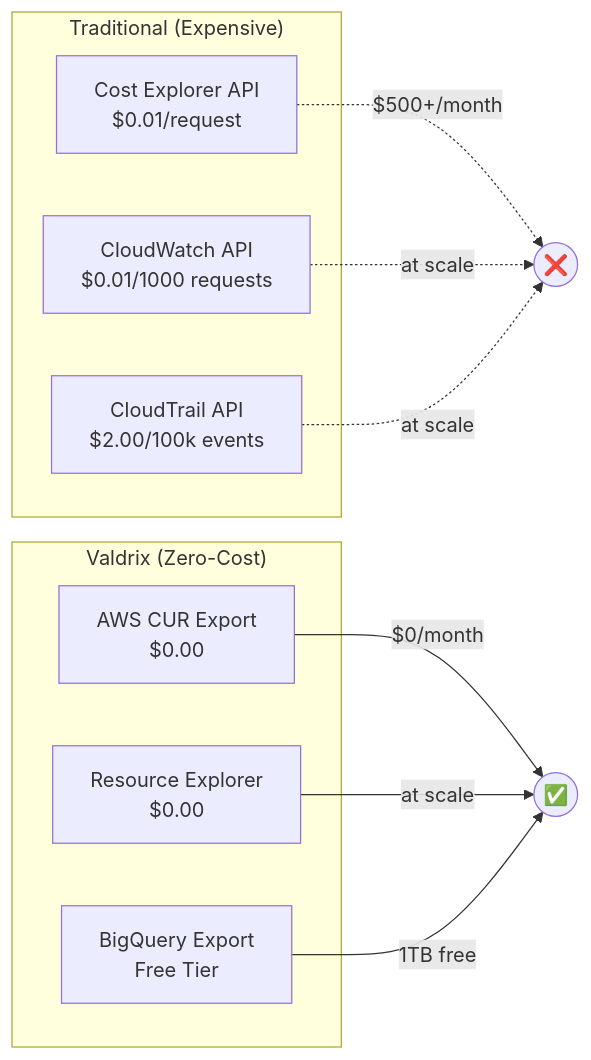
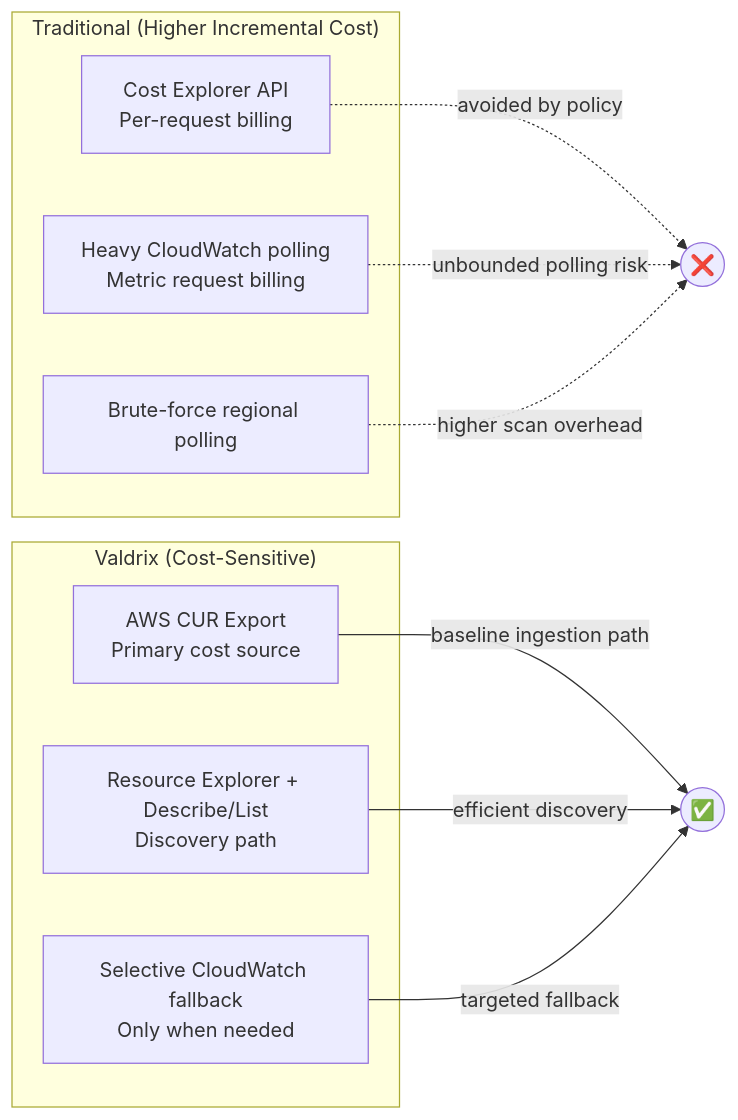
The fourth of 6 diagrams in docs/architecture/overview.md (Valdrix-AI/valdrix), drawn with Mermaid before and after one commit. The commit also changed other lines of this file and 35 other files, not shown here.

````diff
--- a/docs/architecture/overview.md
+++ b/docs/architecture/overview.md
@@ -306,22 +307,22 @@
 ```mermaid
 flowchart LR
-    subgraph "Traditional (Expensive)"
-        CE[Cost Explorer API<br/>$0.01/request]
-        CW[CloudWatch API<br/>$0.01/1000 requests]
-        CL[CloudTrail API<br/>$2.00/100k events]
+    subgraph "Traditional (Higher Incremental Cost)"
+        CE[Cost Explorer API<br/>Per-request billing]
+        CW[Heavy CloudWatch polling<br/>Metric request billing]
+        BRUTE[Brute-force regional polling]
     end
 
-    subgraph "Valdrix (Zero-Cost)"
-        CUR[AWS CUR Export<br/>$0.00]
-        RE[Resource Explorer<br/>$0.00]
-        BQ[BigQuery Export<br/>Free Tier]
+    subgraph "Valdrix (Cost-Sensitive)"
+        CUR[AWS CUR Export<br/>Primary cost source]
+        RE[Resource Explorer + Describe/List<br/>Discovery path]
+        CWF[Selective CloudWatch fallback<br/>Only when needed]
     end
 
-    CE -.->|"$500+/month"| X((❌))
-    CW -.->|"at scale"| X
-    CL -.->|"at scale"| X
+    CE -.->|"avoided by policy"| X((❌))
+    CW -.->|"unbounded polling risk"| X
+    BRUTE -.->|"higher scan overhead"| X
 
-    CUR -->|"$0/month"| Y((✅))
-    RE -->|"at scale"| Y
-    BQ -->|"1TB free"| Y
+    CUR -->|"baseline ingestion path"| Y((✅))
+    RE -->|"efficient discovery"| Y
+    CWF -->|"targeted fallback"| Y
 ```
````
